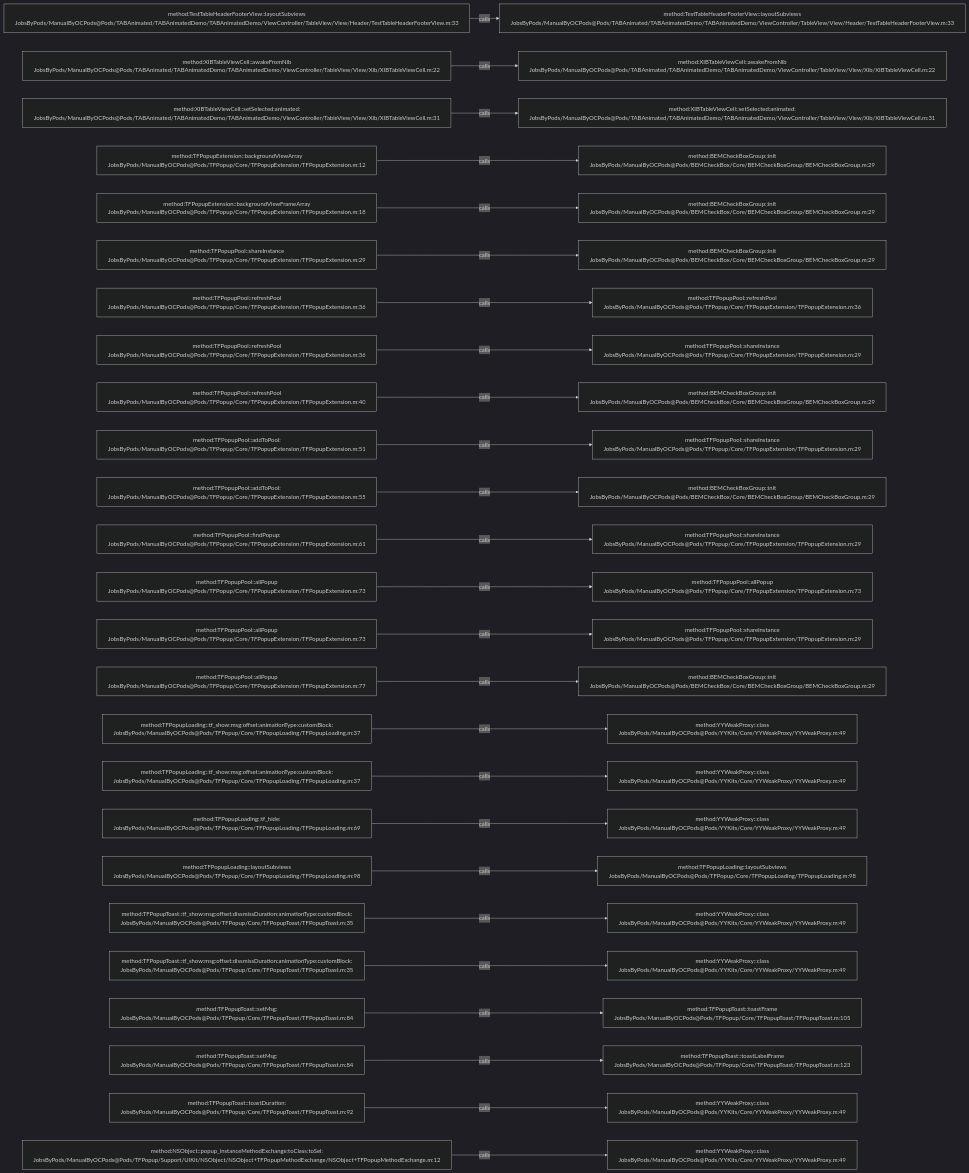
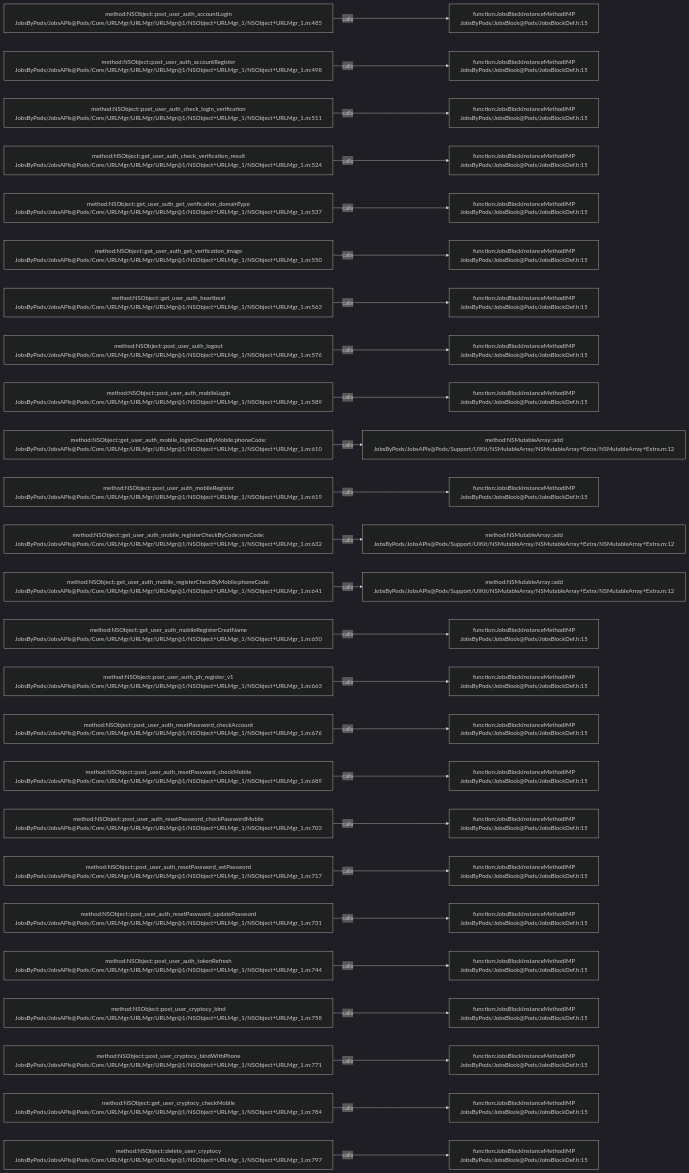
Before and after one commit to JobsKits/JobsOCBaseConfigDemo: the diagram in .codegraph/codegraph.md/graphs/calls-055.md, drawn with Mermaid (dark theme). The commit also changed 768 other files, not shown here.

````diff
--- a/.codegraph/codegraph.md/graphs/calls-055.md
+++ b/.codegraph/codegraph.md/graphs/calls-055.md
@@ -13,78 +13,78 @@
 ```mermaid
 flowchart LR
-  S1["method:TestTableHeaderFooterView::layoutSubviews<br/>JobsByPods/ManualByOCPods@Pods/TABAnimated/TABAnimatedDemo/TABAnimatedDemo/ViewController/TableView/View/Header/TestTableHeaderFooterView.m:33"]
-  T1["method:TestTableHeaderFooterView::layoutSubviews<br/>JobsByPods/ManualByOCPods@Pods/TABAnimated/TABAnimatedDemo/TABAnimatedDemo/ViewController/TableView/View/Header/TestTableHeaderFooterView.m:33"]
+  S1["method:NSObject::post_user_auth_accountLogin<br/>JobsByPods/JobsAPIs@Pods/Core/URLMgr/URLMgr/URLMgr@1/NSObject+URLMgr_1/NSObject+URLMgr_1.m:485"]
+  T1["function:JobsBlockInstanceMethodIMP<br/>JobsByPods/JobsBlock@Pods/JobsBlockDef.h:15"]
   S1 -->|calls| T1
-  S2["method:XIBTableViewCell::awakeFromNib<br/>JobsByPods/ManualByOCPods@Pods/TABAnimated/TABAnimatedDemo/TABAnimatedDemo/ViewController/TableView/View/Xib/XIBTableViewCell.m:22"]
-  T2["method:XIBTableViewCell::awakeFromNib<br/>JobsByPods/ManualByOCPods@Pods/TABAnimated/TABAnimatedDemo/TABAnimatedDemo/ViewController/TableView/View/Xib/XIBTableViewCell.m:22"]
+  S2["method:NSObject::post_user_auth_accountRegister<br/>JobsByPods/JobsAPIs@Pods/Core/URLMgr/URLMgr/URLMgr@1/NSObject+URLMgr_1/NSObject+URLMgr_1.m:498"]
+  T2["function:JobsBlockInstanceMethodIMP<br/>JobsByPods/JobsBlock@Pods/JobsBlockDef.h:15"]
   S2 -->|calls| T2
-  S3["method:XIBTableViewCell::setSelected:animated:<br/>JobsByPods/ManualByOCPods@Pods/TABAnimated/TABAnimatedDemo/TABAnimatedDemo/ViewController/TableView/View/Xib/XIBTableViewCell.m:31"]
-  T3["method:XIBTableViewCell::setSelected:animated:<br/>JobsByPods/ManualByOCPods@Pods/TABAnimated/TABAnimatedDemo/TABAnimatedDemo/ViewController/TableView/View/Xib/XIBTableViewCell.m:31"]
+  S3["method:NSObject::post_user_auth_check_login_verification<br/>JobsByPods/JobsAPIs@Pods/Core/URLMgr/URLMgr/URLMgr@1/NSObject+URLMgr_1/NSObject+URLMgr_1.m:511"]
+  T3["function:JobsBlockInstanceMethodIMP<br/>JobsByPods/JobsBlock@Pods/JobsBlockDef.h:15"]
   S3 -->|calls| T3
-  S4["method:TFPopupExtension::backgroundViewArray<br/>JobsByPods/ManualByOCPods@Pods/TFPopup/Core/TFPopupExtension/TFPopupExtension.m:12"]
-  T4["method:BEMCheckBoxGroup::init<br/>JobsByPods/ManualByOCPods@Pods/BEMCheckBox/Core/BEMCheckBoxGroup/BEMCheckBoxGroup.m:29"]
+  S4["method:NSObject::get_user_auth_check_verification_result<br/>JobsByPods/JobsAPIs@Pods/Core/URLMgr/URLMgr/URLMgr@1/NSObject+URLMgr_1/NSObject+URLMgr_1.m:524"]
+  T4["function:JobsBlockInstanceMethodIMP<br/>JobsByPods/JobsBlock@Pods/JobsBlockDef.h:15"]
   S4 -->|calls| T4
-  S5["method:TFPopupExtension::backgroundViewFrameArray<br/>JobsByPods/ManualByOCPods@Pods/TFPopup/Core/TFPopupExtension/TFPopupExtension.m:18"]
-  T5["method:BEMCheckBoxGroup::init<br/>JobsByPods/ManualByOCPods@Pods/BEMCheckBox/Core/BEMCheckBoxGroup/BEMCheckBoxGroup.m:29"]
+  S5["method:NSObject::get_user_auth_get_verification_domainType<br/>JobsByPods/JobsAPIs@Pods/Core/URLMgr/URLMgr/URLMgr@1/NSObject+URLMgr_1/NSObject+URLMgr_1.m:537"]
+  T5["function:JobsBlockInstanceMethodIMP<br/>JobsByPods/JobsBlock@Pods/JobsBlockDef.h:15"]
   S5 -->|calls| T5
-  S6["method:TFPopupPool::shareInstance<br/>JobsByPods/ManualByOCPods@Pods/TFPopup/Core/TFPopupExtension/TFPopupExtension.m:29"]
-  T6["method:BEMCheckBoxGroup::init<br/>JobsByPods/ManualByOCPods@Pods/BEMCheckBox/Core/BEMCheckBoxGroup/BEMCheckBoxGroup.m:29"]
+  S6["method:NSObject::get_user_auth_get_verification_image<br/>JobsByPods/JobsAPIs@Pods/Core/URLMgr/URLMgr/URLMgr@1/NSObject+URLMgr_1/NSObject+URLMgr_1.m:550"]
+  T6["function:JobsBlockInstanceMethodIMP<br/>JobsByPods/JobsBlock@Pods/JobsBlockDef.h:15"]
   S6 -->|calls| T6
-  S7["method:TFPopupPool::refreshPool<br/>JobsByPods/ManualByOCPods@Pods/TFPopup/Core/TFPopupExtension/TFPopupExtension.m:36"]
-  T7["method:TFPopupPool::refreshPool<br/>JobsByPods/ManualByOCPods@Pods/TFPopup/Core/TFPopupExtension/TFPopupExtension.m:36"]
+  S7["method:NSObject::get_user_auth_heartbeat<br/>JobsByPods/JobsAPIs@Pods/Core/URLMgr/URLMgr/URLMgr@1/NSObject+URLMgr_1/NSObject+URLMgr_1.m:563"]
+  T7["function:JobsBlockInstanceMethodIMP<br/>JobsByPods/JobsBlock@Pods/JobsBlockDef.h:15"]
   S7 -->|calls| T7
-  S8["method:TFPopupPool::refreshPool<br/>JobsByPods/ManualByOCPods@Pods/TFPopup/Core/TFPopupExtension/TFPopupExtension.m:36"]
-  T8["method:TFPopupPool::shareInstance<br/>JobsByPods/ManualByOCPods@Pods/TFPopup/Core/TFPopupExtension/TFPopupExtension.m:29"]
+  S8["method:NSObject::post_user_auth_logout<br/>JobsByPods/JobsAPIs@Pods/Core/URLMgr/URLMgr/URLMgr@1/NSObject+URLMgr_1/NSObject+URLMgr_1.m:576"]
+  T8["function:JobsBlockInstanceMethodIMP<br/>JobsByPods/JobsBlock@Pods/JobsBlockDef.h:15"]
   S8 -->|calls| T8
-  S9["method:TFPopupPool::refreshPool<br/>JobsByPods/ManualByOCPods@Pods/TFPopup/Core/TFPopupExtension/TFPopupExtension.m:40"]
-  T9["method:BEMCheckBoxGroup::init<br/>JobsByPods/ManualByOCPods@Pods/BEMCheckBox/Core/BEMCheckBoxGroup/BEMCheckBoxGroup.m:29"]
+  S9["method:NSObject::post_user_auth_mobileLogin<br/>JobsByPods/JobsAPIs@Pods/Core/URLMgr/URLMgr/URLMgr@1/NSObject+URLMgr_1/NSObject+URLMgr_1.m:589"]
+  T9["function:JobsBlockInstanceMethodIMP<br/>JobsByPods/JobsBlock@Pods/JobsBlockDef.h:15"]
   S9 -->|calls| T9
-  S10["method:TFPopupPool::addToPool:<br/>JobsByPods/ManualByOCPods@Pods/TFPopup/Core/TFPopupExtension/TFPopupExtension.m:51"]
-  T10["method:TFPopupPool::shareInstance<br/>JobsByPods/ManualByOCPods@Pods/TFPopup/Core/TFPopupExtension/TFPopupExtension.m:29"]
+  S10["method:NSObject::get_user_auth_mobile_loginCheckByMobile:phoneCode:<br/>JobsByPods/JobsAPIs@Pods/Core/URLMgr/URLMgr/URLMgr@1/NSObject+URLMgr_1/NSObject+URLMgr_1.m:610"]
+  T10["method:NSMutableArray::add<br/>JobsByPods/JobsAPIs@Pods/Support/UIKit/NSMutableArray/NSMutableArray+Extra/NSMutableArray+Extra.m:12"]
   S10 -->|calls| T10
-  S11["method:TFPopupPool::addToPool:<br/>JobsByPods/ManualByOCPods@Pods/TFPopup/Core/TFPopupExtension/TFPopupExtension.m:55"]
-  T11["method:BEMCheckBoxGroup::init<br/>JobsByPods/ManualByOCPods@Pods/BEMCheckBox/Core/BEMCheckBoxGroup/BEMCheckBoxGroup.m:29"]
+  S11["method:NSObject::post_user_auth_mobileRegister<br/>JobsByPods/JobsAPIs@Pods/Core/URLMgr/URLMgr/URLMgr@1/NSObject+URLMgr_1/NSObject+URLMgr_1.m:619"]
+  T11["function:JobsBlockInstanceMethodIMP<br/>JobsByPods/JobsBlock@Pods/JobsBlockDef.h:15"]
   S11 -->|calls| T11
-  S12["method:TFPopupPool::findPopup:<br/>JobsByPods/ManualByOCPods@Pods/TFPopup/Core/TFPopupExtension/TFPopupExtension.m:61"]
-  T12["method:TFPopupPool::shareInstance<br/>JobsByPods/ManualByOCPods@Pods/TFPopup/Core/TFPopupExtension/TFPopupExtension.m:29"]
+  S12["method:NSObject::get_user_auth_mobile_registerCheckByCode:smsCode:<br/>JobsByPods/JobsAPIs@Pods/Core/URLMgr/URLMgr/URLMgr@1/NSObject+URLMgr_1/NSObject+URLMgr_1.m:632"]
+  T12["method:NSMutableArray::add<br/>JobsByPods/JobsAPIs@Pods/Support/UIKit/NSMutableArray/NSMutableArray+Extra/NSMutableArray+Extra.m:12"]
   S12 -->|calls| T12
-  S13["method:TFPopupPool::allPopup<br/>JobsByPods/ManualByOCPods@Pods/TFPopup/Core/TFPopupExtension/TFPopupExtension.m:73"]
-  T13["method:TFPopupPool::allPopup<br/>JobsByPods/ManualByOCPods@Pods/TFPopup/Core/TFPopupExtension/TFPopupExtension.m:73"]
+  S13["method:NSObject::get_user_auth_mobile_registerCheckByMobile:phoneCode:<br/>JobsByPods/JobsAPIs@Pods/Core/URLMgr/URLMgr/URLMgr@1/NSObject+URLMgr_1/NSObject+URLMgr_1.m:641"]
+  T13["method:NSMutableArray::add<br/>JobsByPods/JobsAPIs@Pods/Support/UIKit/NSMutableArray/NSMutableArray+Extra/NSMutableArray+Extra.m:12"]
   S13 -->|calls| T13
-  S14["method:TFPopupPool::allPopup<br/>JobsByPods/ManualByOCPods@Pods/TFPopup/Core/TFPopupExtension/TFPopupExtension.m:73"]
-  T14["method:TFPopupPool::shareInstance<br/>JobsByPods/ManualByOCPods@Pods/TFPopup/Core/TFPopupExtension/TFPopupExtension.m:29"]
+  S14["method:NSObject::get_user_auth_mobileRegisterCreatName<br/>JobsByPods/JobsAPIs@Pods/Core/URLMgr/URLMgr/URLMgr@1/NSObject+URLMgr_1/NSObject+URLMgr_1.m:650"]
+  T14["function:JobsBlockInstanceMethodIMP<br/>JobsByPods/JobsBlock@Pods/JobsBlockDef.h:15"]
   S14 -->|calls| T14
-  S15["method:TFPopupPool::allPopup<br/>JobsByPods/ManualByOCPods@Pods/TFPopup/Core/TFPopupExtension/TFPopupExtension.m:77"]
-  T15["method:BEMCheckBoxGroup::init<br/>JobsByPods/ManualByOCPods@Pods/BEMCheckBox/Core/BEMCheckBoxGroup/BEMCheckBoxGroup.m:29"]
+  S15["method:NSObject::post_user_auth_ph_register_v1<br/>JobsByPods/JobsAPIs@Pods/Core/URLMgr/URLMgr/URLMgr@1/NSObject+URLMgr_1/NSObject+URLMgr_1.m:663"]
+  T15["function:JobsBlockInstanceMethodIMP<br/>JobsByPods/JobsBlock@Pods/JobsBlockDef.h:15"]
   S15 -->|calls| T15
-  S16["method:TFPopupLoading::tf_show:msg:offset:animationType:customBlock:<br/>JobsByPods/ManualByOCPods@Pods/TFPopup/Core/TFPopupLoading/TFPopupLoading.m:37"]
-  T16["method:YYWeakProxy::class<br/>JobsByPods/ManualByOCPods@Pods/YYKits/Core/YYWeakProxy/YYWeakProxy.m:49"]
+  S16["method:NSObject::post_user_auth_resetPassword_checkAccount<br/>JobsByPods/JobsAPIs@Pods/Core/URLMgr/URLMgr/URLMgr@1/NSObject+URLMgr_1/NSObject+URLMgr_1.m:676"]
+  T16["function:JobsBlockInstanceMethodIMP<br/>JobsByPods/JobsBlock@Pods/JobsBlockDef.h:15"]
   S16 -->|calls| T16
-  S17["method:TFPopupLoading::tf_show:msg:offset:animationType:customBlock:<br/>JobsByPods/ManualByOCPods@Pods/TFPopup/Core/TFPopupLoading/TFPopupLoading.m:37"]
-  T17["method:YYWeakProxy::class<br/>JobsByPods/ManualByOCPods@Pods/YYKits/Core/YYWeakProxy/YYWeakProxy.m:49"]
+  S17["method:NSObject::post_user_auth_resetPassword_checkMobile<br/>JobsByPods/JobsAPIs@Pods/Core/URLMgr/URLMgr/URLMgr@1/NSObject+URLMgr_1/NSObject+URLMgr_1.m:689"]
+  T17["function:JobsBlockInstanceMethodIMP<br/>JobsByPods/JobsBlock@Pods/JobsBlockDef.h:15"]
   S17 -->|calls| T17
-  S18["method:TFPopupLoading::tf_hide:<br/>JobsByPods/ManualByOCPods@Pods/TFPopup/Core/TFPopupLoading/TFPopupLoading.m:69"]
-  T18["method:YYWeakProxy::class<br/>JobsByPods/ManualByOCPods@Pods/YYKits/Core/YYWeakProxy/YYWeakProxy.m:49"]
+  S18["method:NSObject::post_user_auth_resetPassword_checkPasswordMobile<br/>JobsByPods/JobsAPIs@Pods/Core/URLMgr/URLMgr/URLMgr@1/NSObject+URLMgr_1/NSObject+URLMgr_1.m:703"]
+  T18["function:JobsBlockInstanceMethodIMP<br/>JobsByPods/JobsBlock@Pods/JobsBlockDef.h:15"]
   S18 -->|calls| T18
-  S19["method:TFPopupLoading::layoutSubviews<br/>JobsByPods/ManualByOCPods@Pods/TFPopup/Core/TFPopupLoading/TFPopupLoading.m:98"]
-  T19["method:TFPopupLoading::layoutSubviews<br/>JobsByPods/ManualByOCPods@Pods/TFPopup/Core/TFPopupLoading/TFPopupLoading.m:98"]
+  S19["method:NSObject::post_user_auth_resetPassword_setPassword<br/>JobsByPods/JobsAPIs@Pods/Core/URLMgr/URLMgr/URLMgr@1/NSObject+URLMgr_1/NSObject+URLMgr_1.m:717"]
+  T19["function:JobsBlockInstanceMethodIMP<br/>JobsByPods/JobsBlock@Pods/JobsBlockDef.h:15"]
   S19 -->|calls| T19
-  S20["method:TFPopupToast::tf_show:msg:offset:dissmissDuration:animationType:customBlock:<br/>JobsByPods/ManualByOCPods@Pods/TFPopup/Core/TFPopupToast/TFPopupToast.m:35"]
-  T20["method:YYWeakProxy::class<br/>JobsByPods/ManualByOCPods@Pods/YYKits/Core/YYWeakProxy/YYWeakProxy.m:49"]
+  S20["method:NSObject::post_user_auth_resetPassword_updatePassword<br/>JobsByPods/JobsAPIs@Pods/Core/URLMgr/URLMgr/URLMgr@1/NSObject+URLMgr_1/NSObject+URLMgr_1.m:731"]
+  T20["function:JobsBlockInstanceMethodIMP<br/>JobsByPods/JobsBlock@Pods/JobsBlockDef.h:15"]
   S20 -->|calls| T20
-  S21["method:TFPopupToast::tf_show:msg:offset:dissmissDuration:animationType:customBlock:<br/>JobsByPods/ManualByOCPods@Pods/TFPopup/Core/TFPopupToast/TFPopupToast.m:35"]
-  T21["method:YYWeakProxy::class<br/>JobsByPods/ManualByOCPods@Pods/YYKits/Core/YYWeakProxy/YYWeakProxy.m:49"]
+  S21["method:NSObject::post_user_auth_tokenRefresh<br/>JobsByPods/JobsAPIs@Pods/Core/URLMgr/URLMgr/URLMgr@1/NSObject+URLMgr_1/NSObject+URLMgr_1.m:744"]
+  T21["function:JobsBlockInstanceMethodIMP<br/>JobsByPods/JobsBlock@Pods/JobsBlockDef.h:15"]
   S21 -->|calls| T21
-  S22["method:TFPopupToast::setMsg:<br/>JobsByPods/ManualByOCPods@Pods/TFPopup/Core/TFPopupToast/TFPopupToast.m:84"]
-  T22["method:TFPopupToast::toastFrame<br/>JobsByPods/ManualByOCPods@Pods/TFPopup/Core/TFPopupToast/TFPopupToast.m:105"]
+  S22["method:NSObject::post_user_cryptocy_bind<br/>JobsByPods/JobsAPIs@Pods/Core/URLMgr/URLMgr/URLMgr@1/NSObject+URLMgr_1/NSObject+URLMgr_1.m:758"]
+  T22["function:JobsBlockInstanceMethodIMP<br/>JobsByPods/JobsBlock@Pods/JobsBlockDef.h:15"]
   S22 -->|calls| T22
-  S23["method:TFPopupToast::setMsg:<br/>JobsByPods/ManualByOCPods@Pods/TFPopup/Core/TFPopupToast/TFPopupToast.m:84"]
-  T23["method:TFPopupToast::toastLabelFrame<br/>JobsByPods/ManualByOCPods@Pods/TFPopup/Core/TFPopupToast/TFPopupToast.m:123"]
+  S23["method:NSObject::post_user_cryptocy_bindWithPhone<br/>JobsByPods/JobsAPIs@Pods/Core/URLMgr/URLMgr/URLMgr@1/NSObject+URLMgr_1/NSObject+URLMgr_1.m:771"]
+  T23["function:JobsBlockInstanceMethodIMP<br/>JobsByPods/JobsBlock@Pods/JobsBlockDef.h:15"]
   S23 -->|calls| T23
-  S24["method:TFPopupToast::toastDuration:<br/>JobsByPods/ManualByOCPods@Pods/TFPopup/Core/TFPopupToast/TFPopupToast.m:92"]
-  T24["method:YYWeakProxy::class<br/>JobsByPods/ManualByOCPods@Pods/YYKits/Core/YYWeakProxy/YYWeakProxy.m:49"]
+  S24["method:NSObject::get_user_cryptocy_checkMobile<br/>JobsByPods/JobsAPIs@Pods/Core/URLMgr/URLMgr/URLMgr@1/NSObject+URLMgr_1/NSObject+URLMgr_1.m:784"]
+  T24["function:JobsBlockInstanceMethodIMP<br/>JobsByPods/JobsBlock@Pods/JobsBlockDef.h:15"]
   S24 -->|calls| T24
-  S25["method:NSObject::popup_instanceMethodExchange:toClass:toSel:<br/>JobsByPods/ManualByOCPods@Pods/TFPopup/Support/UIKit/NSObject/NSObject+TFPopupMethodExchange/NSObject+TFPopupMethodExchange.m:12"]
-  T25["method:YYWeakProxy::class<br/>JobsByPods/ManualByOCPods@Pods/YYKits/Core/YYWeakProxy/YYWeakProxy.m:49"]
+  S25["method:NSObject::delete_user_cryptocy<br/>JobsByPods/JobsAPIs@Pods/Core/URLMgr/URLMgr/URLMgr@1/NSObject+URLMgr_1/NSObject+URLMgr_1.m:797"]
+  T25["function:JobsBlockInstanceMethodIMP<br/>JobsByPods/JobsBlock@Pods/JobsBlockDef.h:15"]
   S25 -->|calls| T25
 ```
````
